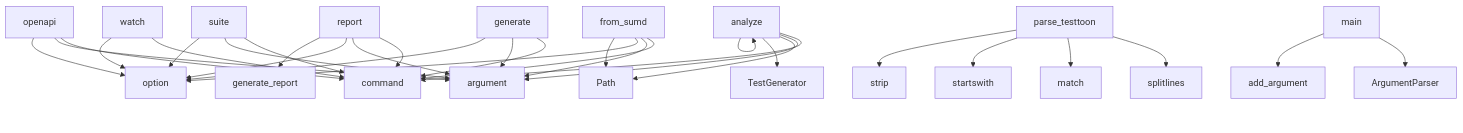
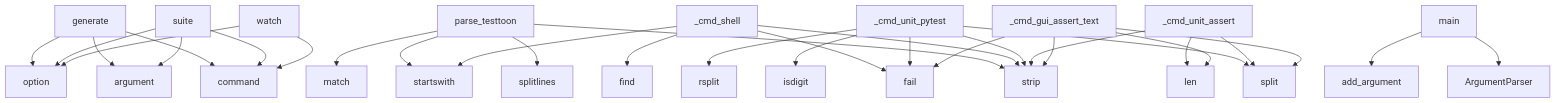
Before and after one commit to oqlos/testql: the diagram in project/context.md, drawn with Mermaid. The commit also changed other lines of this file and 27 other files, not shown here.

````diff
--- a/project/context.md
+++ b/project/context.md
@@ -518,33 +546,33 @@
 ```mermaid
 graph TD
     generate --> command
     generate --> argument
     generate --> option
     suite --> command
     suite --> argument
     suite --> option
     watch --> command
     watch --> option
     parse_testtoon --> splitlines
     parse_testtoon --> match
     parse_testtoon --> startswith
     parse_testtoon --> strip
+    _cmd_shell --> strip
+    _cmd_shell --> fail
+    _cmd_shell --> startswith
+    _cmd_shell --> find
+    _cmd_unit_pytest --> split
+    _cmd_unit_pytest --> strip
+    _cmd_unit_pytest --> fail
+    _cmd_unit_pytest --> isdigit
+    _cmd_unit_pytest --> rsplit
     main --> ArgumentParser
     main --> add_argument
-    from_sumd --> command
-    from_sumd --> argument
-    from_sumd --> option
-    from_sumd --> Path
-    openapi --> command
-    openapi --> argument
-    openapi --> option
-    analyze --> command
-    analyze --> argument
-    analyze --> Path
-    analyze --> TestGenerator
-    analyze --> analyze
-    report --> command
-    report --> argument
-    report --> option
-    report --> generate_report
+    _cmd_unit_assert --> split
+    _cmd_unit_assert --> strip
+    _cmd_unit_assert --> len
+    _cmd_gui_assert_text --> split
+    _cmd_gui_assert_text --> strip
+    _cmd_gui_assert_text --> len
+    _cmd_gui_assert_text --> fail
 ```
````
